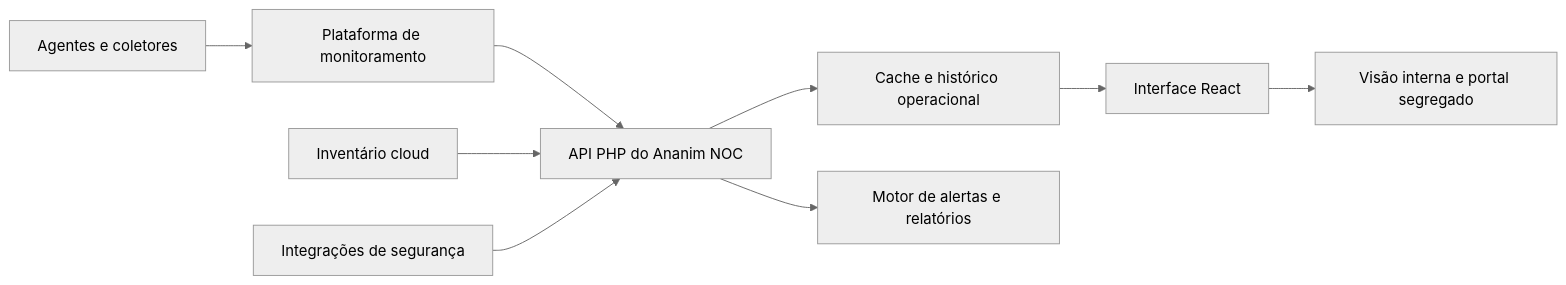
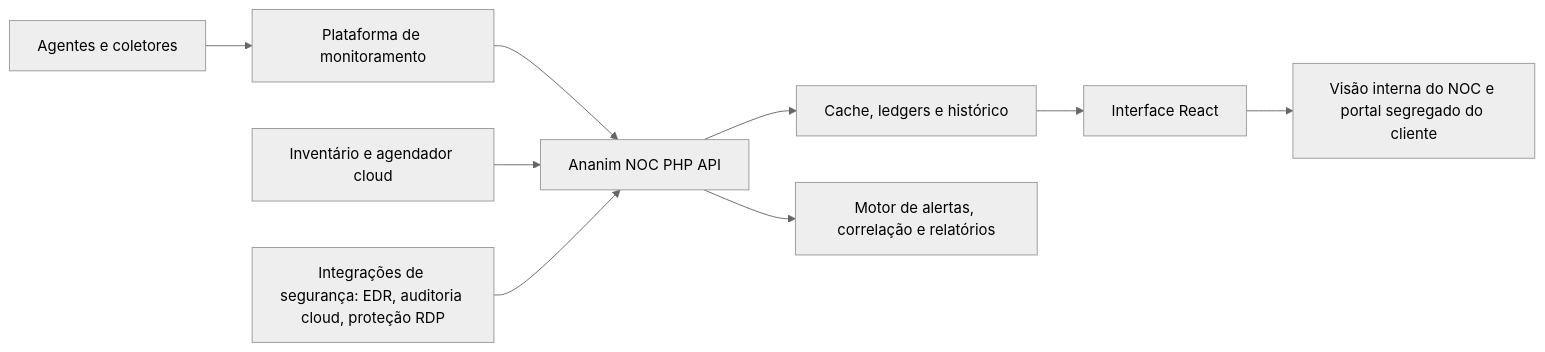
Before and after one commit to gsouzacloud/noc-operation-center-portfolio: the second of 2 diagrams in ARCHITECTURE.md, drawn with Mermaid (neutral theme). The commit also changed other lines of this file and 30 other files, not shown here.

````diff
--- a/ARCHITECTURE.md
+++ b/ARCHITECTURE.md
@@ -5,11 +48,11 @@
 ```mermaid
 flowchart LR
   A[Agentes e coletores] --> B[Plataforma de monitoramento]
-  B --> C[API PHP do Ananim NOC]
-  D[Inventário cloud] --> C
-  E[Integrações de segurança] --> C
-  C --> F[Cache e histórico operacional]
+  B --> C[Ananim NOC PHP API]
+  D[Inventário e agendador cloud] --> C
+  E[Integrações de segurança: EDR, auditoria cloud, proteção RDP] --> C
+  C --> F[Cache, ledgers e histórico]
   F --> G[Interface React]
-  C --> H[Motor de alertas e relatórios]
-  G --> I[Visão interna e portal segregado]
+  C --> H[Motor de alertas, correlação e relatórios]
+  G --> I[Visão interna do NOC e portal segregado do cliente]
 ```
````
